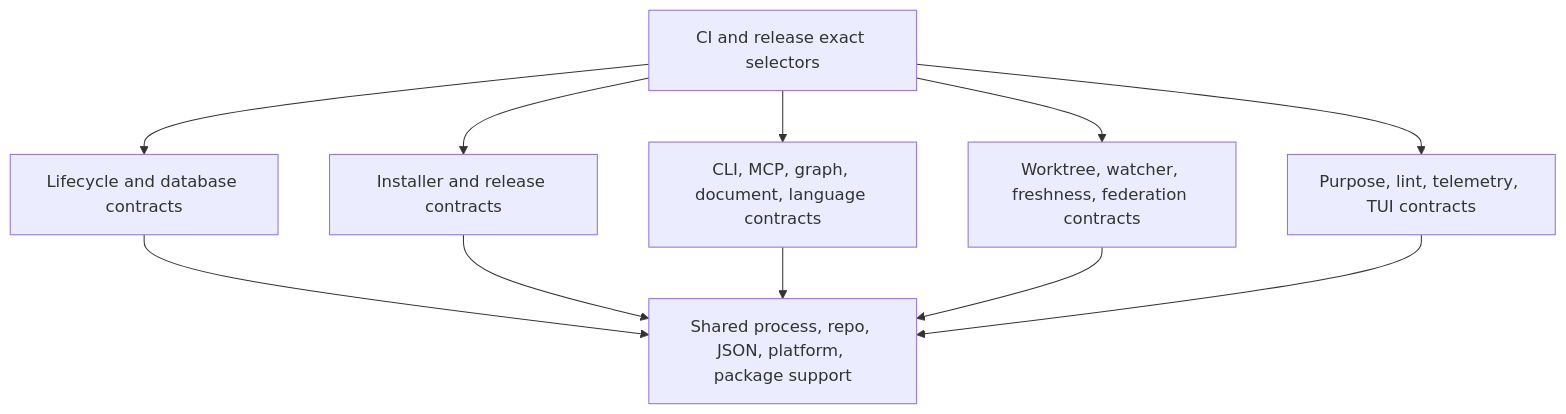
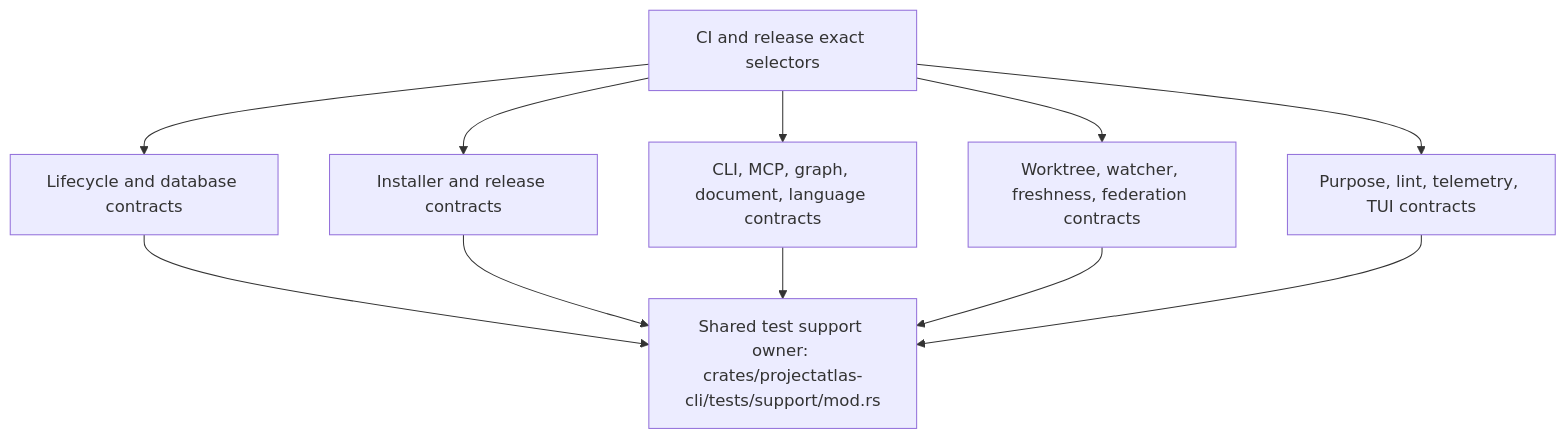
Diagram 22 of 28 in docs/v050-release-architecture.md (styler-ai/ProjectAtlas), drawn with Mermaid before and after one commit. The commit also changed 15 other files, not shown here.

First line of the commit message:
refactor(test): split the monolithic CLI E2E suite by contract domain (#516)

````diff
--- a/docs/v050-release-architecture.md
+++ b/docs/v050-release-architecture.md
@@ -354,14 +354,14 @@
 ```mermaid
 flowchart TB
-    support[Shared process, repo, JSON, platform, package support]
+    support[Shared test support owner: crates/projectatlas-cli/tests/support/mod.rs]
     lifecycle[Lifecycle and database contracts] --> support
     delivery[Installer and release contracts] --> support
     navigation[CLI, MCP, graph, document, language contracts] --> support
     worktrees[Worktree, watcher, freshness, federation contracts] --> support
     maintenance[Purpose, lint, telemetry, TUI contracts] --> support
     ci[CI and release exact selectors] --> lifecycle
     ci --> delivery
     ci --> navigation
     ci --> worktrees
     ci --> maintenance
 ```
````
